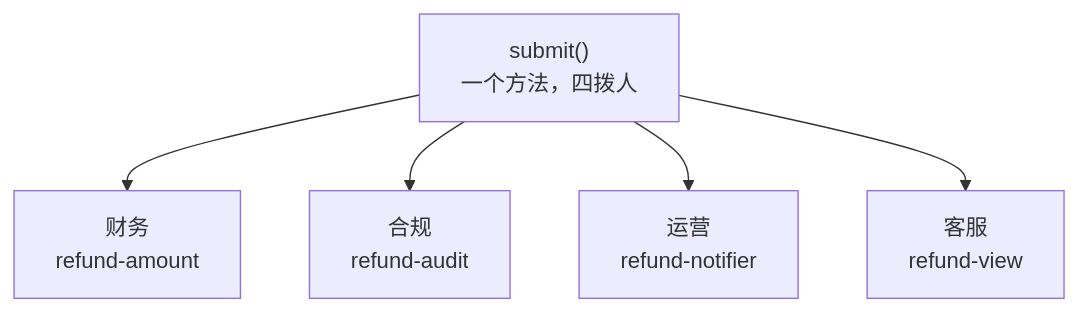
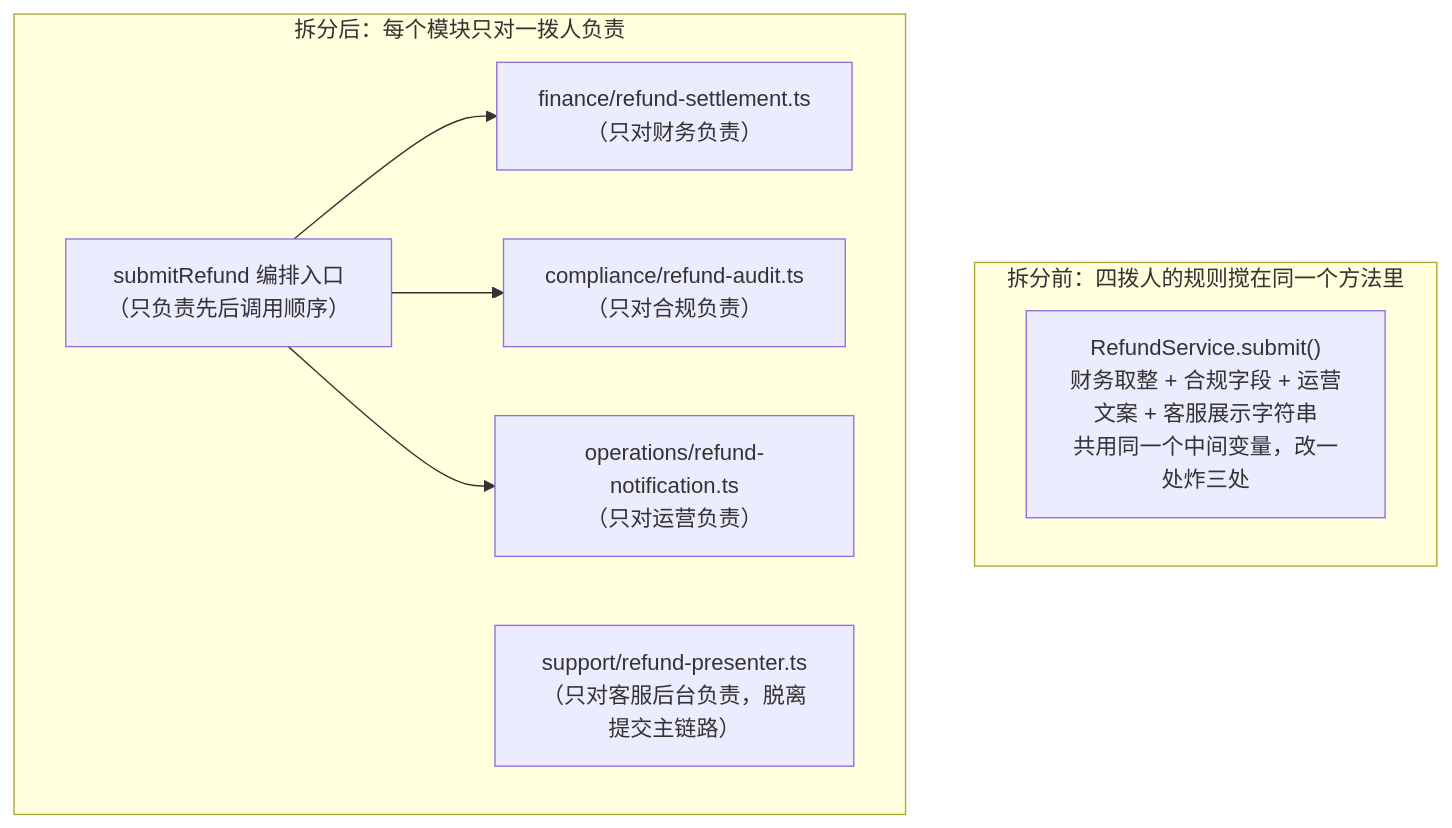
Before and after one commit to ffzz/blog: the first of 2 diagrams in src/content/notes/zh/single-responsibility-is-an-actor.md, drawn with Mermaid. The commit also changed other lines of this file and 16 other files, not shown here.

````diff
--- a/src/content/notes/zh/single-responsibility-is-an-actor.md
+++ b/src/content/notes/zh/single-responsibility-is-an-actor.md
@@ -154,7 +170,14 @@
 ```mermaid
 flowchart TB
-    A["submit()<br/>一个方法，四拨人"] --> B["财务<br/>refund-amount"]
-    A --> C["合规<br/>refund-audit"]
-    A --> D["运营<br/>refund-notifier"]
-    A --> E["客服<br/>refund-view"]
+    subgraph Before["拆分前：四拨人的规则搅在同一个方法里"]
+        M["RefundService.submit()<br/>财务取整 + 合规字段 + 运营文案 + 客服展示字符串<br/>共用同一个中间变量，改一处炸三处"]
+    end
+
+    subgraph After["拆分后：每个模块只对一拨人负责"]
+        O["submitRefund 编排入口<br/>（只负责先后调用顺序）"]
+        O --> F["finance/refund-settlement.ts<br/>（只对财务负责）"]
+        O --> C["compliance/refund-audit.ts<br/>（只对合规负责）"]
+        O --> N["operations/refund-notification.ts<br/>（只对运营负责）"]
+        S["support/refund-presenter.ts<br/>（只对客服后台负责，脱离提交主链路）"]
+    end
 ```
````
